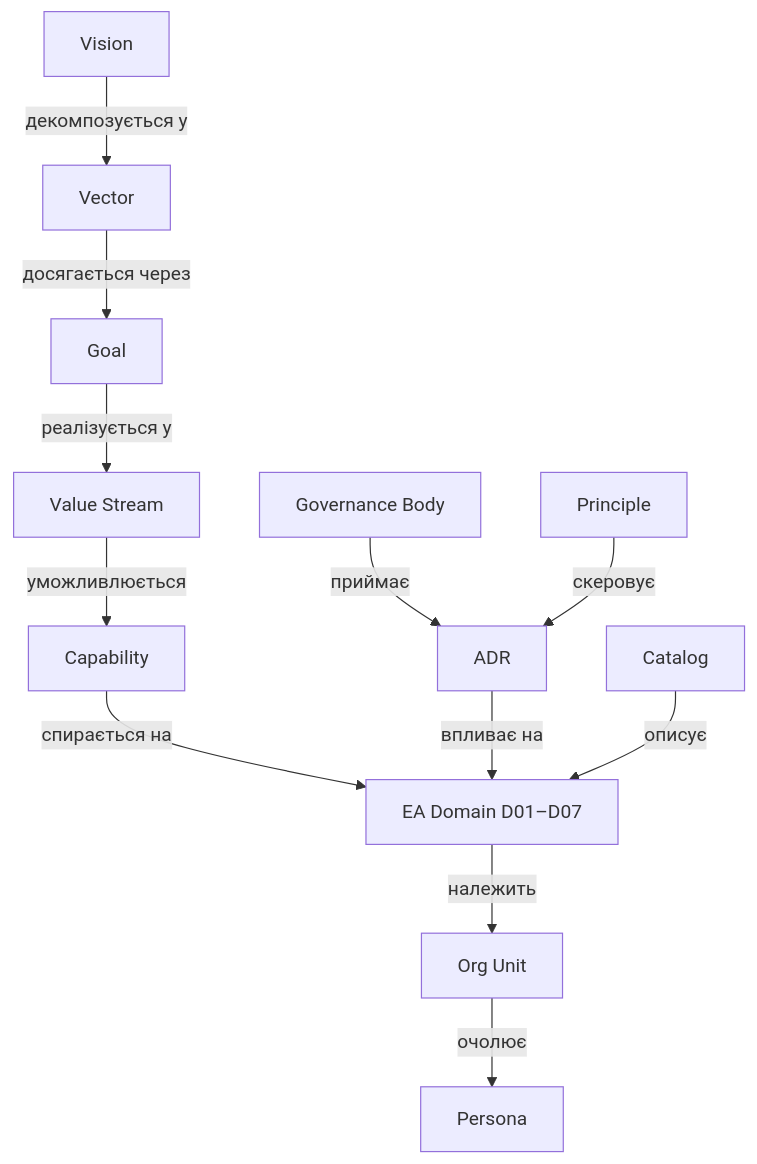
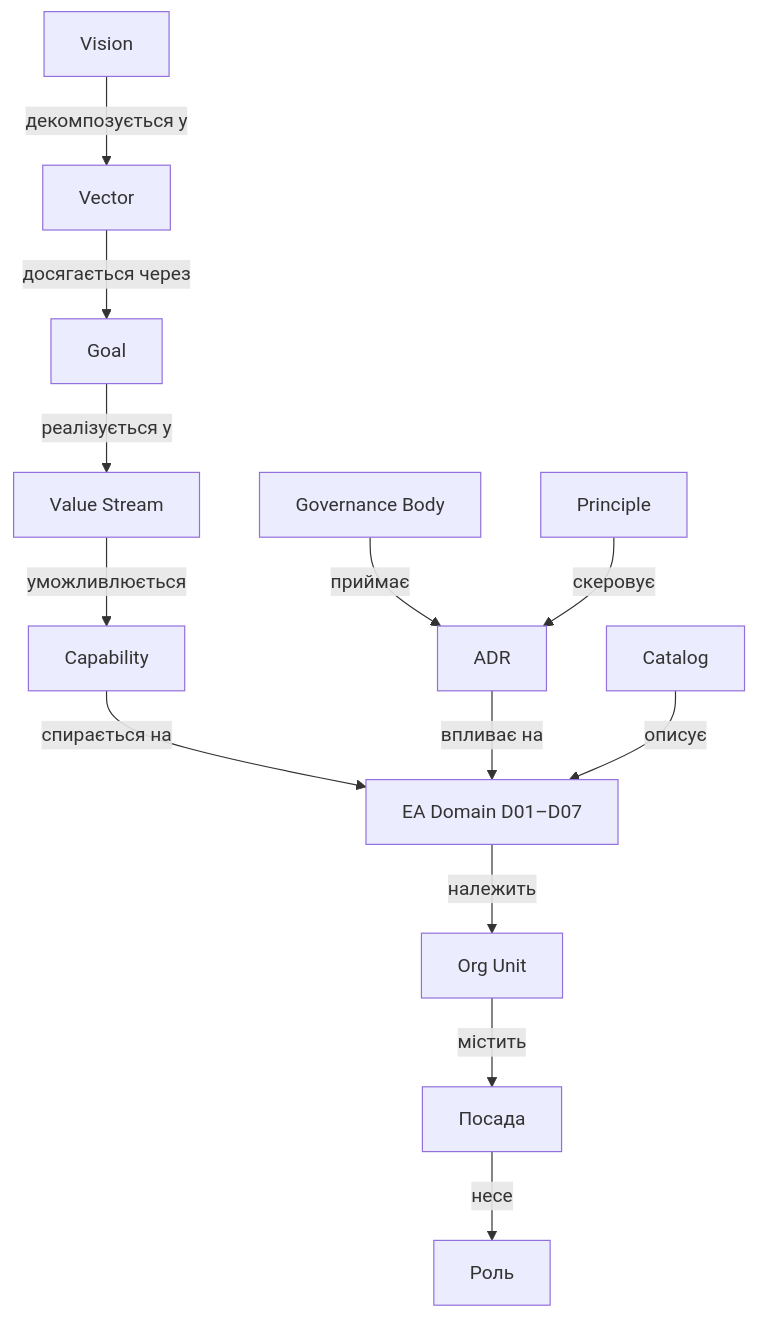
The diagram in 00-Meta/Semantic-Model.md (isvasylenko/MODUS), drawn with Mermaid before and after one commit. The commit also changed other lines of this file and 98 other files, not shown here.

First line of the commit message:
Знеособлення vault: Persona -> Role, три осі тегів для розмежування доменів

````diff
--- a/00-Meta/Semantic-Model.md
+++ b/00-Meta/Semantic-Model.md
@@ -116,14 +139,15 @@
 ```mermaid
 graph TD
   VIS[Vision] -->|декомпозується у| VEC[Vector]
   VEC -->|досягається через| GOAL[Goal]
   GOAL -->|реалізується у| VS[Value Stream]
   VS -->|уможливлюється| CAP[Capability]
   CAP -->|спирається на| DOM[EA Domain D01–D07]
   DOM -->|належить| UNIT[Org Unit]
-  UNIT -->|очолює| PER[Persona]
+  UNIT -->|містить| POS[Посада]
+  POS -->|несе| ROLE[Роль]
   ARB[Governance Body] -->|приймає| ADR[ADR]
   PRN[Principle] -->|скеровує| ADR
   ADR -->|впливає на| DOM
   CATL[Catalog] -->|описує| DOM
 ```
````
